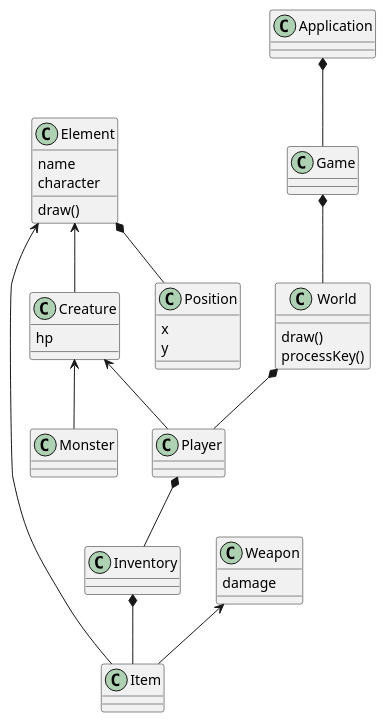
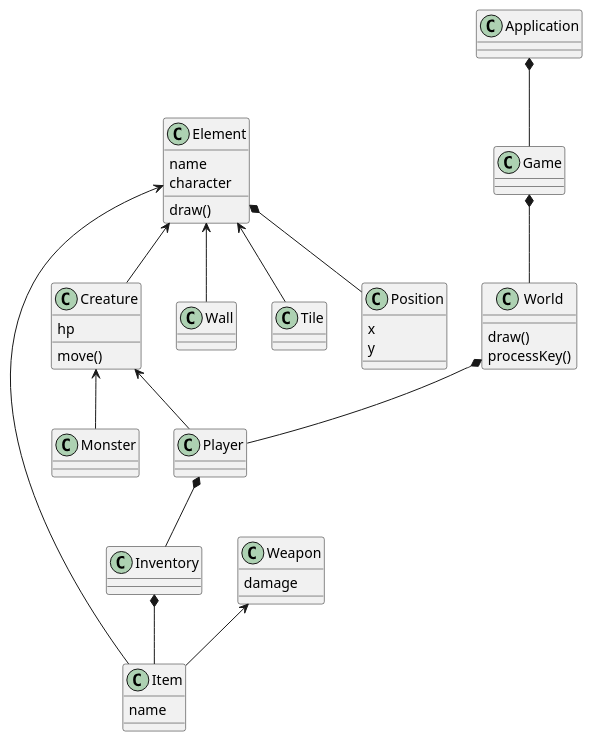
Before and after one commit to Educorreia932/FEUP-LPOO: the diagram in uml.puml, drawn with PlantUML. The commit also changed 14 other files, not shown here.

```diff
--- a/uml.puml
+++ b/uml.puml
@@ -1,47 +1,55 @@
 @startuml hero
 
 class World {
     draw()
     processKey()
 }
 
 class Position {
     x
     y
 }
 
 class Element {
     name
     character
 
     draw()
 }
 
 class Creature {
-    hp
+    hp 
+    
+    move()
 }
 
 class Weapon {
     damage
+}
+
+class Item {
+    name
 }
 
 Application *-- Game
 
 Game *-- World
 
 World *-- Player
 
 Element <-- Creature
 Element <-- Item
+Element <-- Wall
+Element <-- Tile
 Element *-- Position
 
 Creature <-- Player
 Creature <-- Monster
 
 Player *-- Inventory
 
 Inventory *-- Item
 
 Weapon <-- Item
 
 @enduml
```
